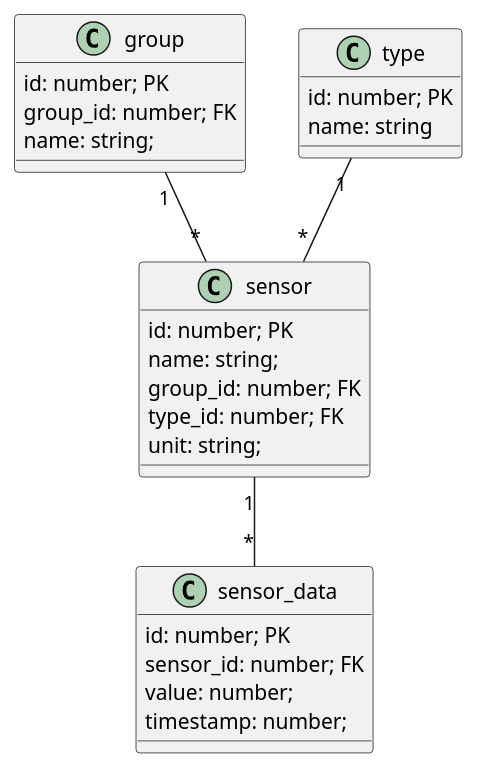
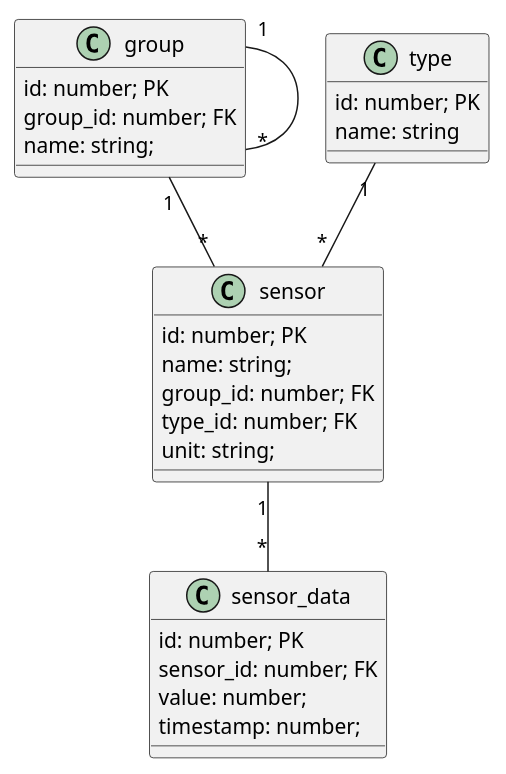
The diagram in docs/DataModel.puml (LuminAIOrg/LuminAI), drawn with PlantUML before and after one commit.

Commit message:
fix: dataModel puml to showcase visualy

```diff
--- a/docs/DataModel.puml
+++ b/docs/DataModel.puml
@@ -1,34 +1,35 @@
 @startuml
 'to group stuff
 class group{
  id: number; PK
  group_id: number; FK
  name: string;
 }
 
 class sensor{
  id: number; PK
  name: string;
  group_id: number; FK
  type_id: number; FK
  unit: string;
 }
 
 class sensor_data{
  id: number; PK
  sensor_id: number; FK
  value: number;
  timestamp: number;
 }
 
 'producer or consumer...
 class type{
  id: number; PK
  name: string
 }
 
 
+group "1" -- "*" group
 group "1" -- "*" sensor
 sensor "1" -- "*" sensor_data
 type "1" -- "*" sensor
 @enduml
```
